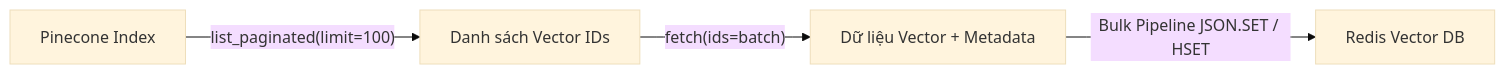
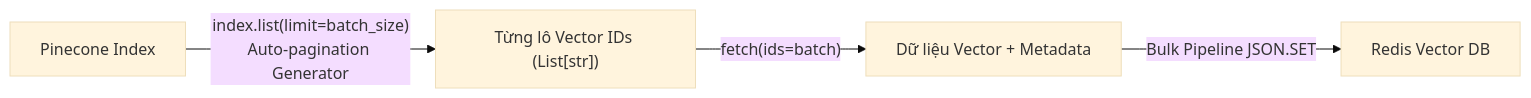
Before and after one commit to hieutran0204/Redis_Iris: the second of 3 diagrams in 2-vector-search-and-rag/5-vector-migration-guide.md, drawn with Mermaid (base theme). The commit also changed other lines of this file, not shown here.

Commit message:
fix(migration): correct pinecone sdk pagination using index.list auto-generator

````diff
--- a/2-vector-search-and-rag/5-vector-migration-guide.md
+++ b/2-vector-search-and-rag/5-vector-migration-guide.md
@@ -66,6 +66,6 @@
 ```mermaid
 graph LR
-    P[Pinecone Index] -- "list_paginated(limit=100)" --> IDs["Danh sách Vector IDs"]
+    P[Pinecone Index] -- "index.list(limit=batch_size)<br/>Auto-pagination Generator" --> IDs["Từng lô Vector IDs (List[str])"]
     IDs -- "fetch(ids=batch)" --> Vecs["Dữ liệu Vector + Metadata"]
-    Vecs -- "Bulk Pipeline JSON.SET / HSET" --> R[Redis Vector DB]
+    Vecs -- "Bulk Pipeline JSON.SET" --> R[Redis Vector DB]
 ```
````
